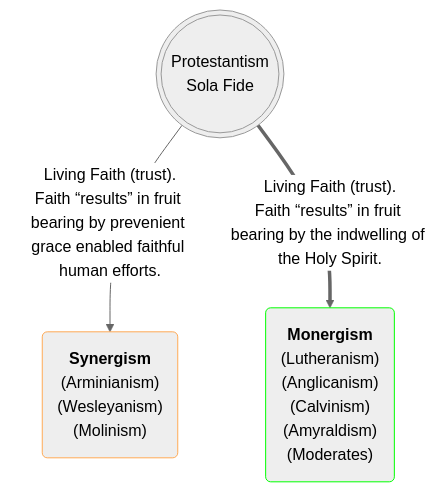
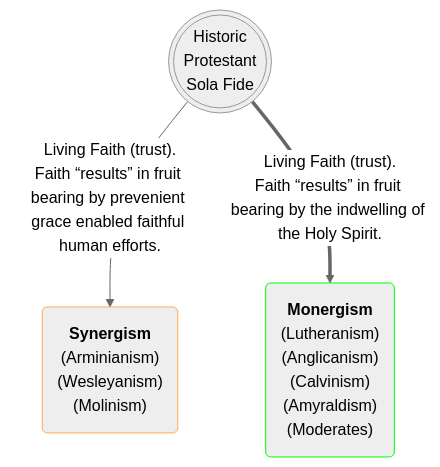
Before and after one commit to OrdoLuminis/ordoluminis.github.io: the second of 2 diagrams in _posts/2025-08-03-historic-protestant-position.markdown, drawn with Mermaid (neutral theme). The commit also changed other lines of this file, not shown here.

````diff
--- a/_posts/2025-08-03-historic-protestant-position.markdown
+++ b/_posts/2025-08-03-historic-protestant-position.markdown
@@ -109,8 +109,8 @@
 ```mermaid
 flowchart TD
-    A(((Protestantism<br>Sola Fide)))
+    A(((Historic<br>Protestant<br>Sola Fide)))
     A -->|Living Faith &lpar;trust&rpar;.<br>Faith &ldquo;results&rdquo; in fruit bearing by prevenient grace enabled faithful human efforts.| F(<strong>Synergism</strong><br>&lpar;Arminianism&rpar;<br>&lpar;Wesleyanism&rpar;<br>&lpar;Molinism&rpar;):::orange
     A ==>|Living Faith &lpar;trust&rpar;.<br>Faith &ldquo;results&rdquo; in fruit bearing by the indwelling of the Holy Spirit.| E(<strong>Monergism</strong><br>&lpar;Lutheranism&rpar;<br>&lpar;Anglicanism&rpar;<br>&lpar;Calvinism&rpar;<br>&lpar;Amyraldism&rpar;<br>&lpar;Moderates&rpar;):::green
     classDef green stroke:#0f0
     classDef orange stroke:#fa5
 ```
````
